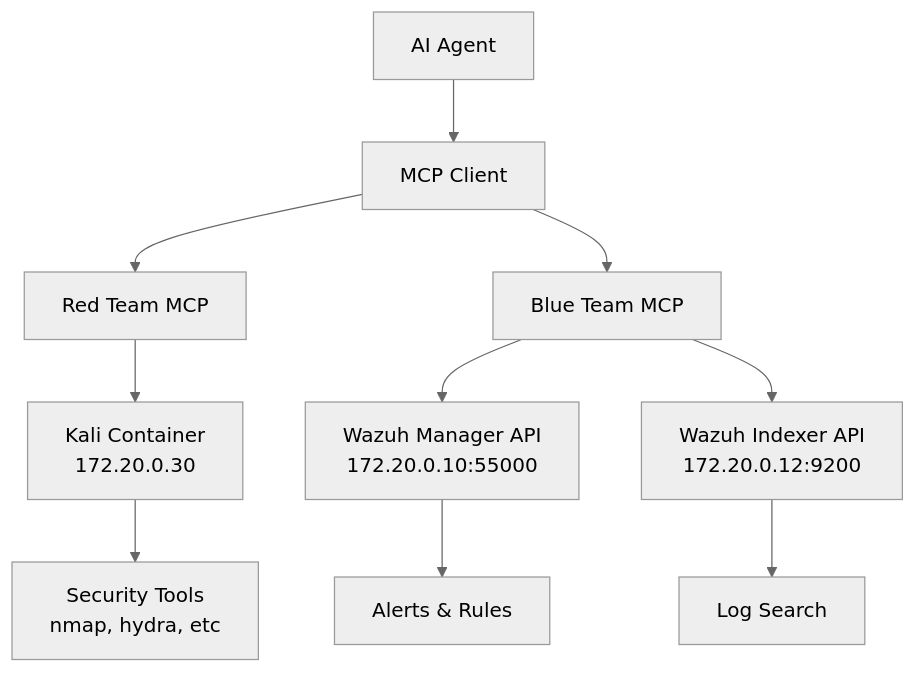
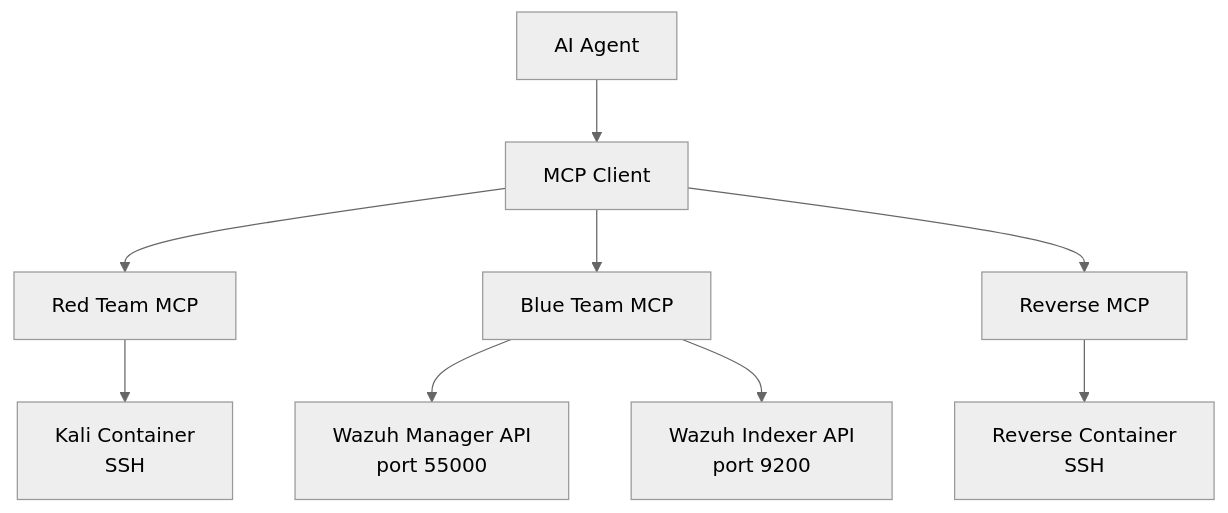
The diagram in docs/components/mcp-integration.md (Brad-Edwards/aptl), drawn with Mermaid (neutral theme) before and after one commit. The commit also changed other lines of this file and 12 other files, not shown here.

````diff
--- a/docs/components/mcp-integration.md
+++ b/docs/components/mcp-integration.md
@@ -7,14 +7,12 @@
 ```mermaid
 flowchart TD
     A[AI Agent] --> B[MCP Client]
     B --> C[Red Team MCP]
     B --> D[Blue Team MCP]
+    B --> E[Reverse MCP]
 
-    C --> G[Kali Container<br/>172.20.0.30]
-    D --> H[Wazuh Manager API<br/>172.20.0.10:55000]
-    D --> I[Wazuh Indexer API<br/>172.20.0.12:9200]
-
-    G --> L[Security Tools<br/>nmap, hydra, etc]
-    H --> M[Alerts & Rules]
-    I --> N[Log Search]
+    C --> G[Kali Container<br/>SSH]
+    D --> H[Wazuh Manager API<br/>port 55000]
+    D --> I[Wazuh Indexer API<br/>port 9200]
+    E --> J[Reverse Container<br/>SSH]
 ```
````
